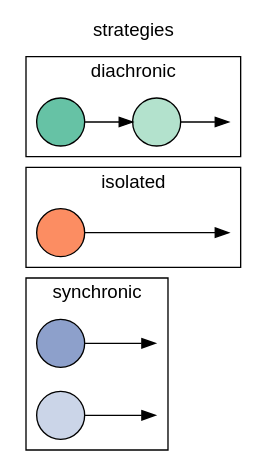
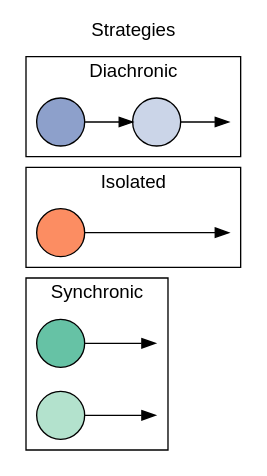
One commit to pedmiston/diachronic-teams changed the diagram in evoteams/inst/extdata/team-structures-all.gv. Above: the diagram before and after it, drawn with Graphviz. The commit also changed 1 other file, not shown here.

```diff
--- a/evoteams/inst/extdata/team-structures-all.gv
+++ b/evoteams/inst/extdata/team-structures-all.gv
@@ -1,44 +1,44 @@
 digraph {
   rankdir=LR;
-  label="strategies";
+  label="Strategies";
   labelloc=t;
   fontname=helvetica;
   // bgcolor=transparent;
 
   node[fontname=helvetica; label=""; style=filled];
 
   // Set cluster order (top to bottom) by initializing
   // nodes in each cluster starting from bottom to top
   s1, solo, d1;
 
   // Shapes are projects
   d1, d2, solo, s1, s2[shape=circle];
 
   // Colors are people
-  d1[fillcolor="#66C2A5"];
-  d2[fillcolor="#b3e2cd"];
-  s1[fillcolor="#8DA0CB"];
-  s2[fillcolor="#cbd5e8"];
+  s1[fillcolor="#66C2A5"];
+  s2[fillcolor="#b3e2cd"];
+  d1[fillcolor="#8DA0CB"];
+  d2[fillcolor="#cbd5e8"];
   solo[fillcolor="#FC8D62"];
 
   // Invisible last nodes
   dinv1, soloinv1, sinv1, sinv2[style=invis, width=0];
 
 
   subgraph cluster1 {
-    label="diachronic";
+    label="Diachronic";
     d1 -> d2 -> dinv1;
   }
 
   subgraph cluster2 {
-    label="isolated";
+    label="Isolated";
     solo -> soloinv1[minlen=2];
   }
 
   subgraph cluster3 {
-    label="synchronic";
+    label="Synchronic";
     s1 -> sinv1;
     s2 -> sinv2;
   }
 
 }
```
